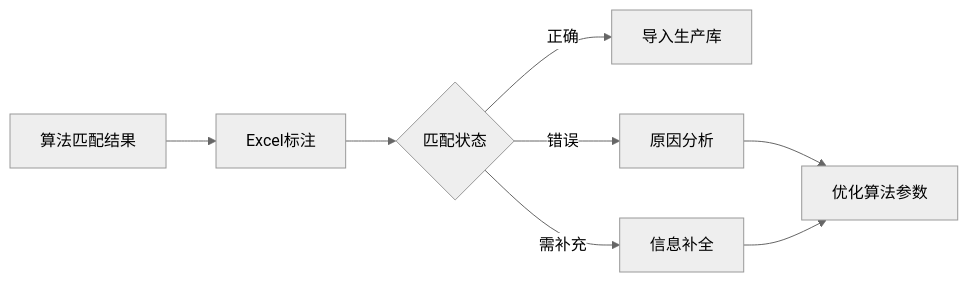
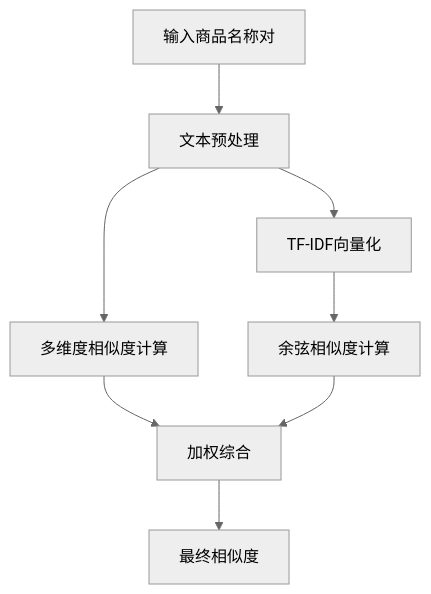
Before and after one commit to 041008Ashley/2025-ProductTitleMatchingAnalysis: the sixth of 7 diagrams in README.md, drawn with Mermaid (neutral theme). The commit also changed other lines of this file, not shown here.

````diff
--- a/README.md
+++ b/README.md
@@ -76,10 +212,10 @@
 ```mermaid
-graph LR
-    A[算法匹配结果] --> B[Excel标注]
-    B --> C{匹配状态}
-    C -->|正确| D[导入生产库]
-    C -->|错误| E[原因分析]
-    C -->|需补充| F[信息补全]
-    E --> G[优化算法参数]
-    F --> G
+graph TD
+    A[输入商品名称对] --> B[文本预处理]
+    B --> C[TF-IDF向量化]
+    C --> D[余弦相似度计算]
+    B --> E[多维度相似度计算]
+    E --> F[加权综合]
+    D --> F
+    F --> G[最终相似度]
 ```
````
